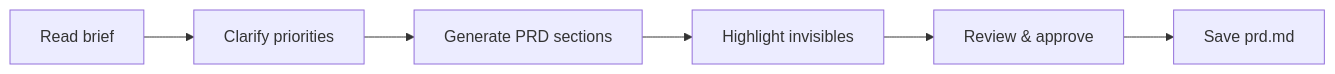
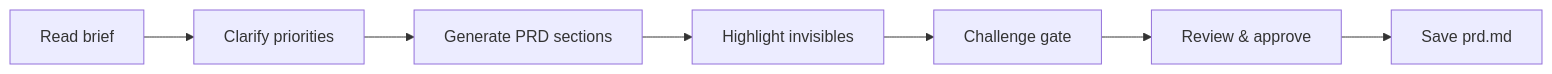
Before and after one commit to ai-driven-dev/framework: the diagram in skills/pm-prd/SKILL.md, drawn with Mermaid. The commit also changed other lines of this file and 22 other files, not shown here.

````diff
--- a/skills/pm-prd/SKILL.md
+++ b/skills/pm-prd/SKILL.md
@@ -31,4 +32,4 @@
 ```mermaid
 flowchart LR
-    A[Read brief] --> B[Clarify priorities] --> C[Generate PRD sections] --> D[Highlight invisibles] --> E[Review & approve] --> F[Save prd.md]
+    A[Read brief] --> B[Clarify priorities] --> C[Generate PRD sections] --> D[Highlight invisibles] --> E[Challenge gate] --> F[Review & approve] --> G[Save prd.md]
 ```
````
